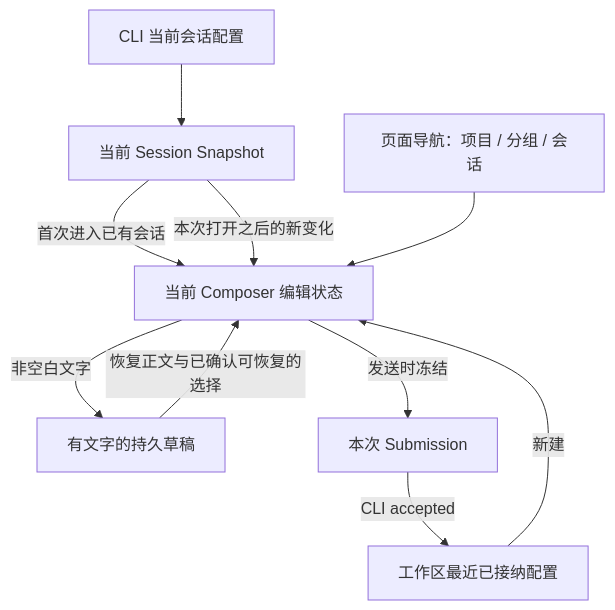
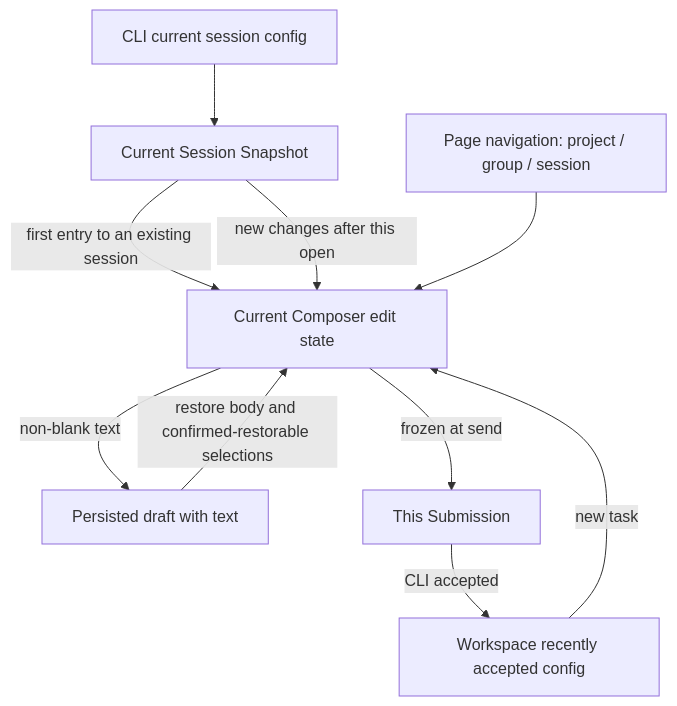
One commit to osben/ZCode changed the diagram in docs/plans/composer-state-simplification.md. Above: the diagram before and after it, drawn with Mermaid. The commit also changed other lines of this file and 18 other files, not shown here.

````diff
--- a/docs/plans/composer-state-simplification.md
+++ b/docs/plans/composer-state-simplification.md
@@ -28,12 +34,12 @@
 ```mermaid
 flowchart TD
-    Runtime[CLI 当前会话配置] --> Snapshot[当前 Session Snapshot]
-    Snapshot -->|首次进入已有会话| Editor[当前 Composer 编辑状态]
-    Recent[工作区最近已接纳配置] -->|新建| Editor
-    Text[有文字的持久草稿] -->|恢复正文与已确认可恢复的选择| Editor
-    Snapshot -->|本次打开之后的新变化| Editor
-    Editor -->|发送时冻结| Submission[本次 Submission]
+    Runtime[CLI current session config] --> Snapshot[Current Session Snapshot]
+    Snapshot -->|first entry to an existing session| Editor[Current Composer edit state]
+    Recent[Workspace recently accepted config] -->|new task| Editor
+    Text[Persisted draft with text] -->|restore body and confirmed-restorable selections| Editor
+    Snapshot -->|new changes after this open| Editor
+    Editor -->|frozen at send| Submission[This Submission]
     Submission -->|CLI accepted| Recent
-    Editor -->|非空白文字| Text
-    Navigation[页面导航：项目 / 分组 / 会话] --> Editor
+    Editor -->|non-blank text| Text
+    Navigation[Page navigation: project / group / session] --> Editor
 ```
````
